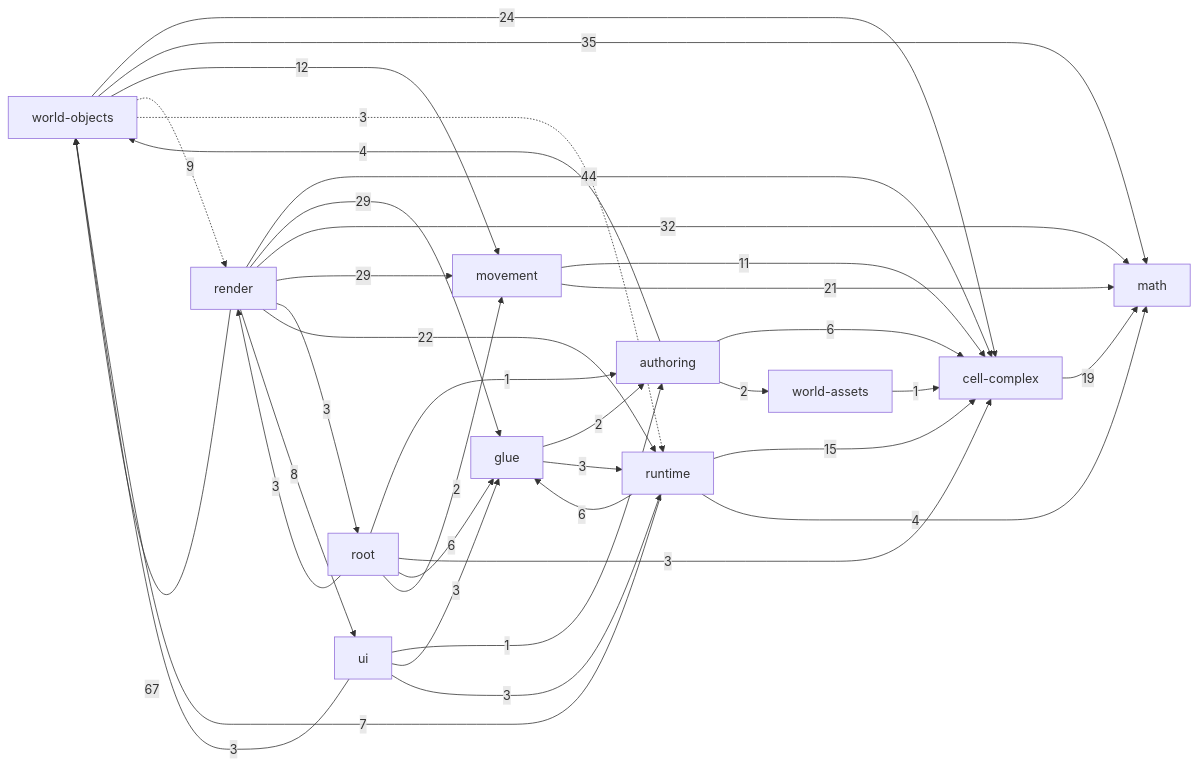
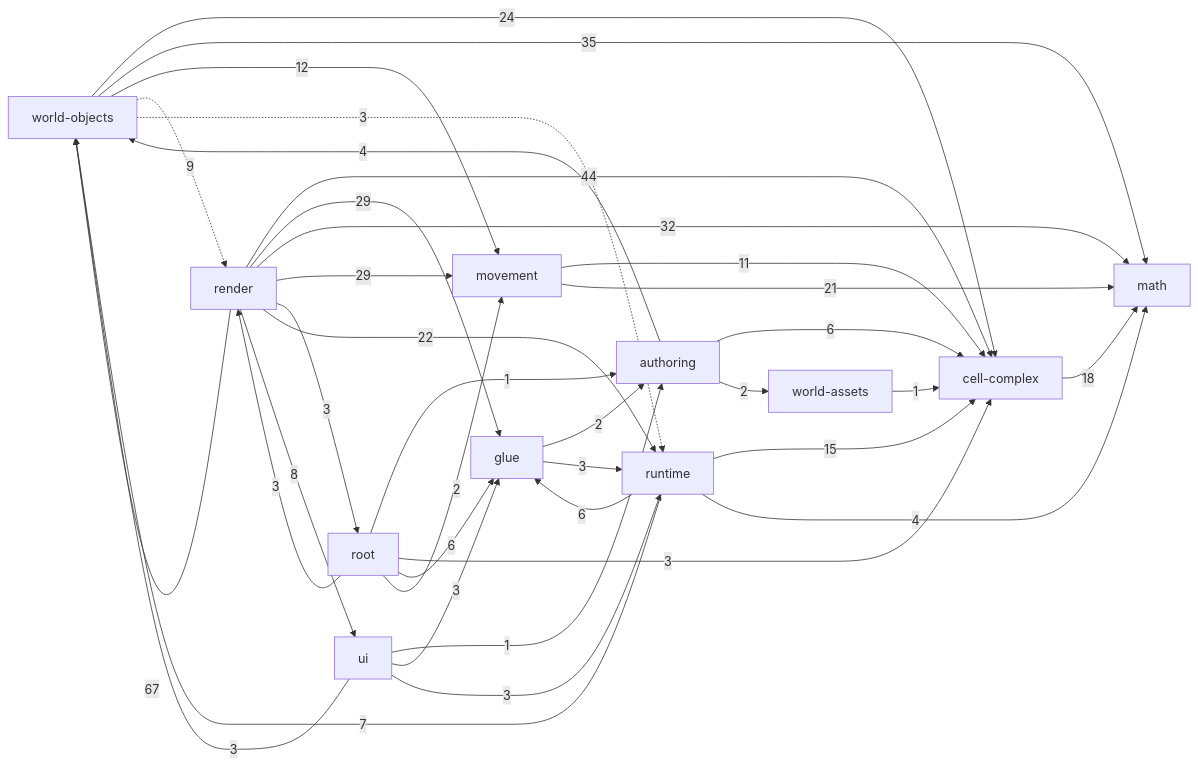
One commit to guraltsev/noneuclid-fpv changed the diagram in _docs/generated/ARCHITECTURE_REFERENCE.md. Above: the diagram before and after it, drawn with Mermaid. The commit also changed other lines of this file and 7 other files, not shown here.

````diff
--- a/_docs/generated/ARCHITECTURE_REFERENCE.md
+++ b/_docs/generated/ARCHITECTURE_REFERENCE.md
@@ -32,49 +32,49 @@
 ```mermaid
 flowchart LR
   math["math"]
   cell_complex["cell-complex"]
   movement["movement"]
   world_assets["world-assets"]
   world_objects["world-objects"]
   authoring["authoring"]
   runtime["runtime"]
   ui["ui"]
   glue["glue"]
   render["render"]
   root["root"]
   authoring -->|6| cell_complex
   authoring -->|2| world_assets
   authoring -->|4| world_objects
-  cell_complex -->|19| math
+  cell_complex -->|18| math
   glue -->|2| authoring
   glue -->|3| runtime
   movement -->|11| cell_complex
   movement -->|21| math
   render -->|44| cell_complex
   render -->|29| glue
   render -->|32| math
   render -->|29| movement
   render -->|3| root
   render -->|22| runtime
   render -->|8| ui
   render -->|67| world_objects
   root -->|1| authoring
   root -->|3| cell_complex
   root -->|6| glue
   root -->|2| movement
   root -->|3| render
   runtime -->|15| cell_complex
   runtime -->|6| glue
   runtime -->|4| math
   runtime -->|7| world_objects
   ui -->|1| authoring
   ui -->|3| glue
   ui -->|3| runtime
   ui -->|3| world_objects
   world_assets -->|1| cell_complex
   world_objects -->|24| cell_complex
   world_objects -->|35| math
   world_objects -->|12| movement
   world_objects -.->|9| render
   world_objects -.->|3| runtime
 ```
````
